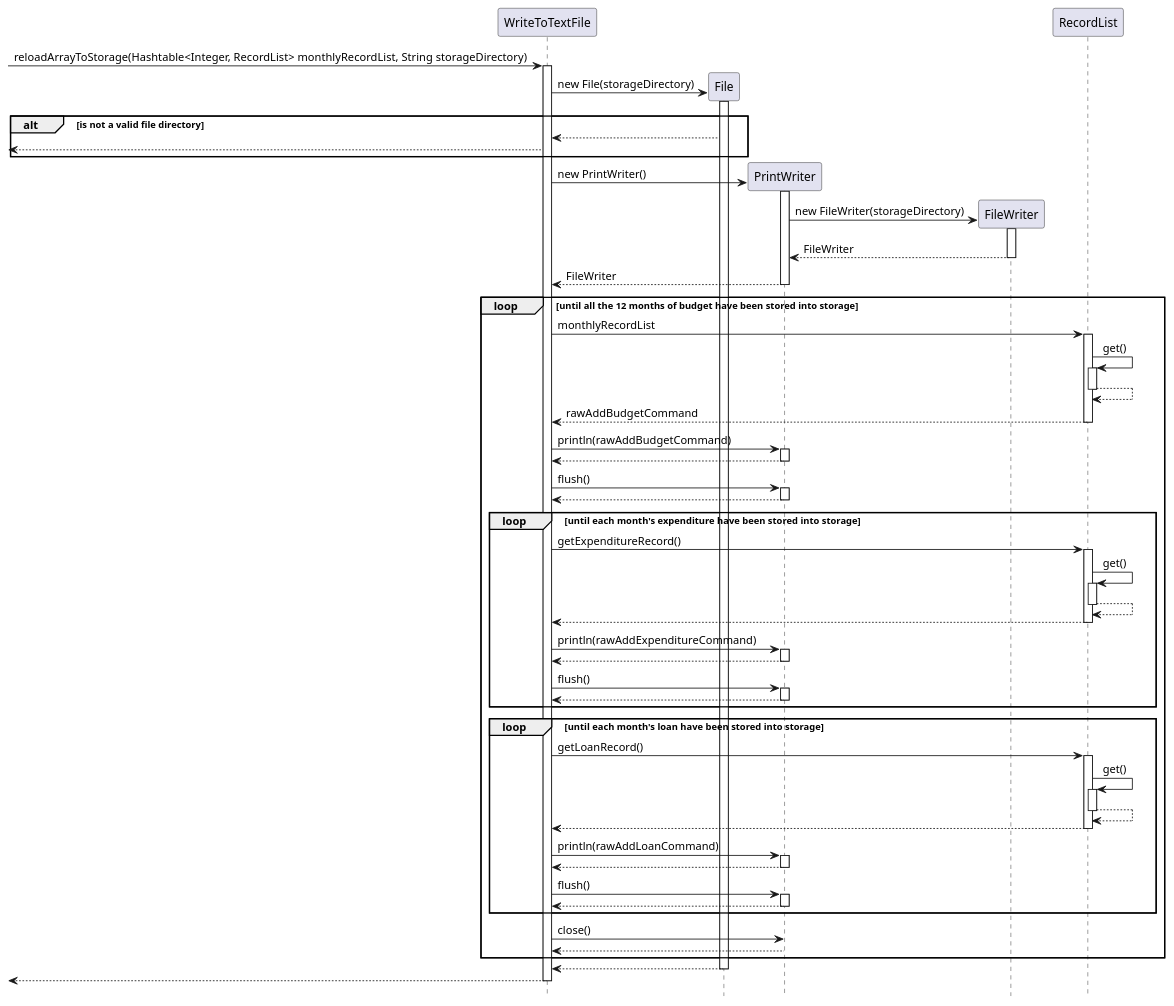
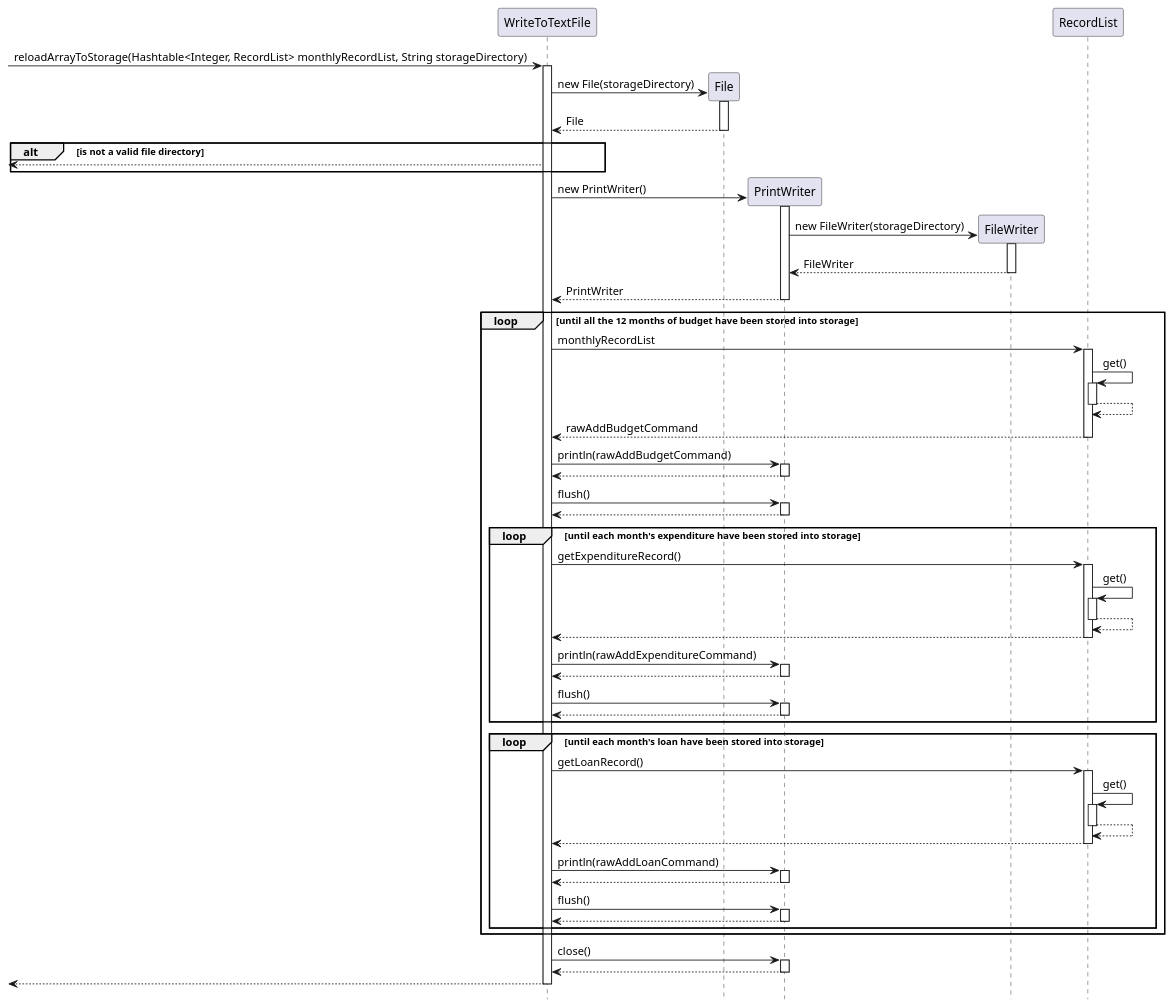
The diagram in docs/diagrams/reloadArrayToStorage-Sequence_Diagram.puml (nus-cs2113-AY2122S1/tp), drawn with PlantUML before and after one commit. The commit also changed 1 other file, not shown here.

Commit message:
csv sequence diagram

```diff
--- a/docs/diagrams/reloadArrayToStorage-Sequence_Diagram.puml
+++ b/docs/diagrams/reloadArrayToStorage-Sequence_Diagram.puml
@@ -1,105 +1,112 @@
 @startuml
 'https://plantuml.com/sequence-diagram
 hide footbox
 
 -> WriteToTextFile: reloadArrayToStorage(Hashtable<Integer, RecordList> monthlyRecordList, String storageDirectory)
 
 activate WriteToTextFile
 
 create File
 WriteToTextFile -> File: new File(storageDirectory)
 activate File
 
+File --> WriteToTextFile: File
+deactivate File
 alt is not a valid file directory
-    File --> WriteToTextFile
     <-- WriteToTextFile
 end
+
+
 
 create PrintWriter
 WriteToTextFile -> PrintWriter: new PrintWriter()
 activate PrintWriter
 
 create FileWriter
 PrintWriter -> FileWriter: new FileWriter(storageDirectory)
 activate FileWriter
 
 FileWriter --> PrintWriter: FileWriter
 deactivate FileWriter
 
-PrintWriter --> WriteToTextFile: FileWriter
+PrintWriter --> WriteToTextFile: PrintWriter
 deactivate PrintWriter
 
 loop until all the 12 months of budget have been stored into storage
 
 WriteToTextFile -> RecordList: monthlyRecordList
 activate RecordList
 RecordList -> RecordList:get()
 activate RecordList
 RecordList --> RecordList
 deactivate RecordList
 RecordList --> WriteToTextFile: rawAddBudgetCommand
 deactivate RecordList
 
 
 WriteToTextFile -> PrintWriter: println(rawAddBudgetCommand)
 activate PrintWriter
 PrintWriter --> WriteToTextFile
 deactivate PrintWriter
 
 WriteToTextFile -> PrintWriter: flush()
 activate PrintWriter
 PrintWriter --> WriteToTextFile
 deactivate PrintWriter
 
 loop until each month's expenditure have been stored into storage
 WriteToTextFile -> RecordList: getExpenditureRecord()
 activate RecordList
 RecordList -> RecordList:get()
 activate RecordList
 RecordList --> RecordList
 deactivate RecordList
 RecordList --> WriteToTextFile:
 deactivate RecordList
 
 WriteToTextFile -> PrintWriter: println(rawAddExpenditureCommand)
 activate PrintWriter
 PrintWriter --> WriteToTextFile
 deactivate PrintWriter
 
 WriteToTextFile -> PrintWriter: flush()
 activate PrintWriter
 PrintWriter --> WriteToTextFile
 deactivate PrintWriter
 
 end
 
 loop until each month's loan have been stored into storage
 WriteToTextFile -> RecordList: getLoanRecord()
 activate RecordList
 RecordList -> RecordList:get()
 activate RecordList
 RecordList --> RecordList
 deactivate RecordList
 RecordList --> WriteToTextFile
 deactivate RecordList
 
 WriteToTextFile -> PrintWriter: println(rawAddLoanCommand)
 activate PrintWriter
 PrintWriter --> WriteToTextFile
 deactivate PrintWriter
 
 WriteToTextFile -> PrintWriter: flush()
 activate PrintWriter
 PrintWriter --> WriteToTextFile
 deactivate PrintWriter
 
 end
-WriteToTextFile -> PrintWriter: close()
-PrintWriter --> WriteToTextFile
+
 end
 
+WriteToTextFile -> PrintWriter: close()
+activate PrintWriter
+PrintWriter --> WriteToTextFile
+deactivate PrintWriter
+
 return
-<-- WriteToTextFile
+
 deactivate WriteToTextFile
 
 @enduml
```
